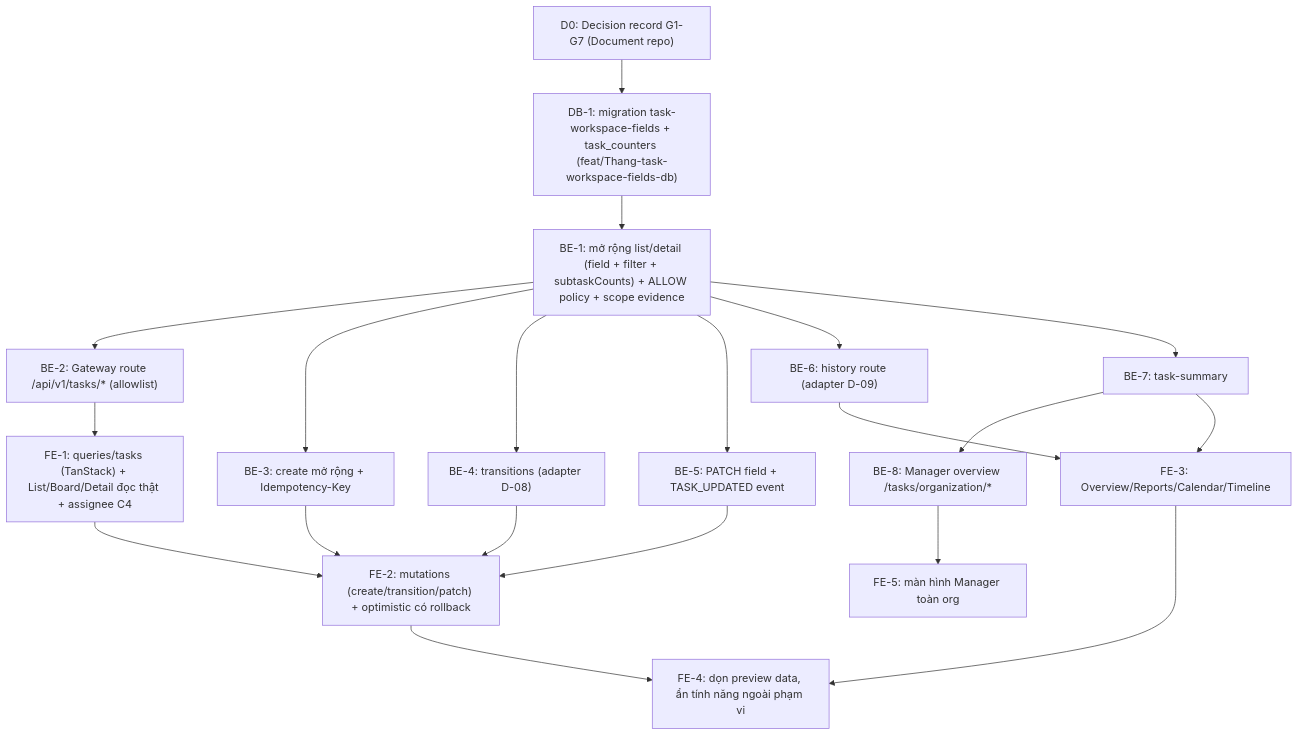
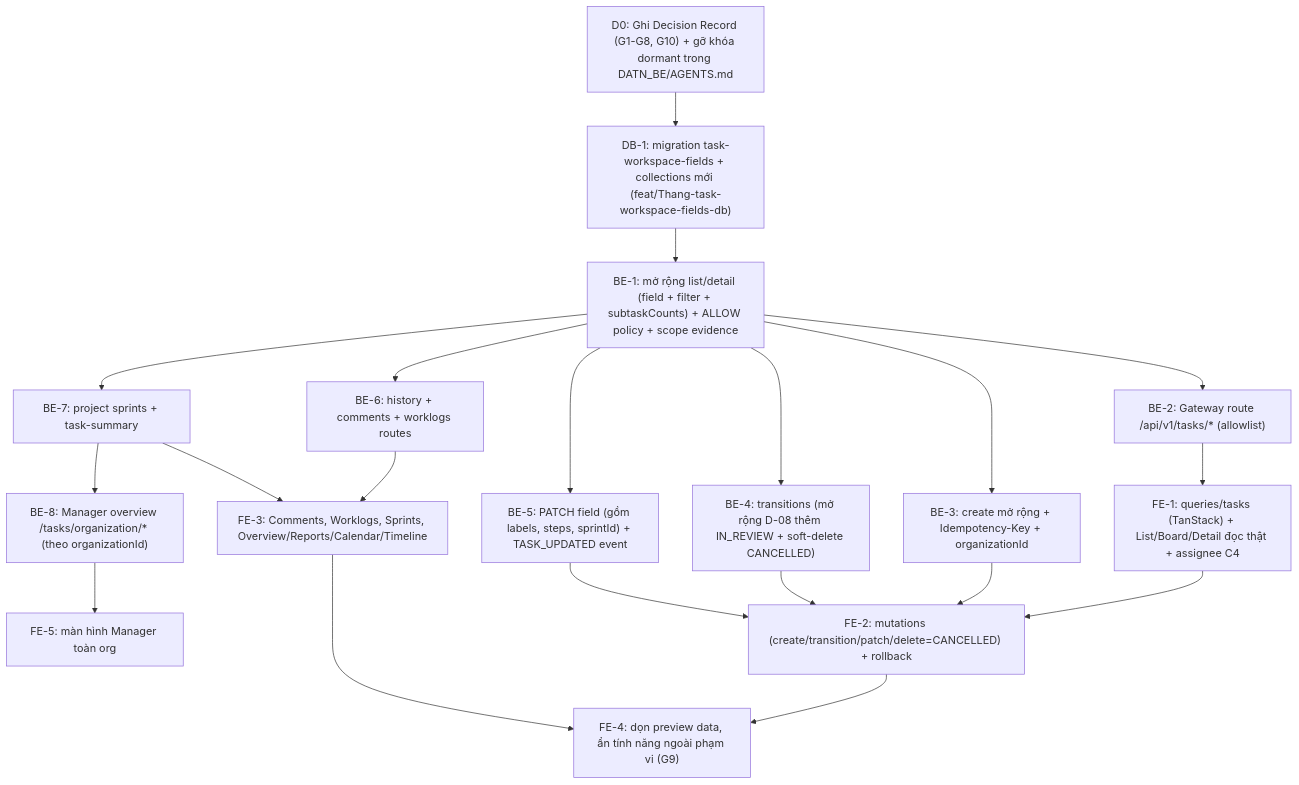
The diagram in docs/workspace/06-implementation-plan.md (DATN-SPRING2027/DATN-BE), drawn with Mermaid before and after one commit. The commit also changed other lines of this file and 6 other files, not shown here.

Commit message:
docs(workspace): incorporate confirmed product & architecture decisions (G1, G4, G6, G7, G8, G10)

````diff
--- a/docs/workspace/06-implementation-plan.md
+++ b/docs/workspace/06-implementation-plan.md
@@ -18,22 +16,22 @@
 ```mermaid
 flowchart TD
-  D0["D0: Decision record G1-G7 (Document repo)"] --> D1
-  D1["DB-1: migration task-workspace-fields + task_counters (feat/Thang-task-workspace-fields-db)"] --> B1
+  D0["D0: Ghi Decision Record (G1-G8, G10) + gỡ khóa dormant trong DATN_BE/AGENTS.md"] --> D1
+  D1["DB-1: migration task-workspace-fields + collections mới (feat/Thang-task-workspace-fields-db)"] --> B1
   B1["BE-1: mở rộng list/detail (field + filter + subtaskCounts) + ALLOW policy + scope evidence"] --> B2
   B2["BE-2: Gateway route /api/v1/tasks/* (allowlist)"] --> F1
-  B1 --> B3["BE-3: create mở rộng + Idempotency-Key"]
-  B1 --> B4["BE-4: transitions (adapter D-08)"]
-  B1 --> B5["BE-5: PATCH field + TASK_UPDATED event"]
-  B1 --> B6["BE-6: history route (adapter D-09)"]
-  B1 --> B7["BE-7: task-summary"]
-  B7 --> B8["BE-8: Manager overview /tasks/organization/*"]
+  B1 --> B3["BE-3: create mở rộng + Idempotency-Key + organizationId"]
+  B1 --> B4["BE-4: transitions (mở rộng D-08 thêm IN_REVIEW + soft-delete CANCELLED)"]
+  B1 --> B5["BE-5: PATCH field (gồm labels, steps, sprintId) + TASK_UPDATED event"]
+  B1 --> B6["BE-6: history + comments + worklogs routes"]
+  B1 --> B7["BE-7: project sprints + task-summary"]
+  B7 --> B8["BE-8: Manager overview /tasks/organization/* (theo organizationId)"]
   B8 --> F5["FE-5: màn hình Manager toàn org"]
-  F1["FE-1: queries/tasks (TanStack) + List/Board/Detail đọc thật + assignee C4"] --> F2["FE-2: mutations (create/transition/patch) + optimistic có rollback"]
+  F1["FE-1: queries/tasks (TanStack) + List/Board/Detail đọc thật + assignee C4"] --> F2["FE-2: mutations (create/transition/patch/delete=CANCELLED) + rollback"]
   B3 --> F2
   B4 --> F2
   B5 --> F2
-  B7 --> F3["FE-3: Overview/Reports/Calendar/Timeline"]
-  B6 --> F3
-  F2 --> F4["FE-4: dọn preview data, ẩn tính năng ngoài phạm vi"]
+  B6 --> F3["FE-3: Comments, Worklogs, Sprints, Overview/Reports/Calendar/Timeline"]
+  B7 --> F3
+  F2 --> F4["FE-4: dọn preview data, ẩn tính năng ngoài phạm vi (G9)"]
   F3 --> F4
 ```
````
